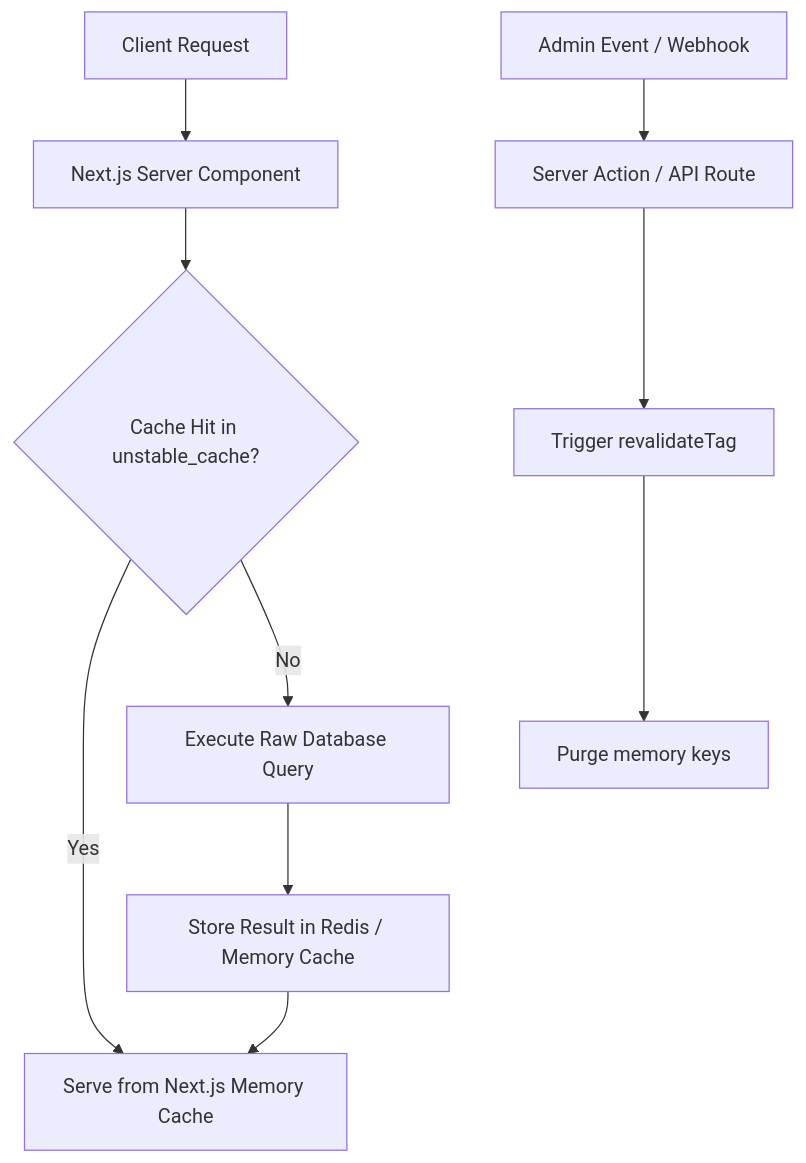
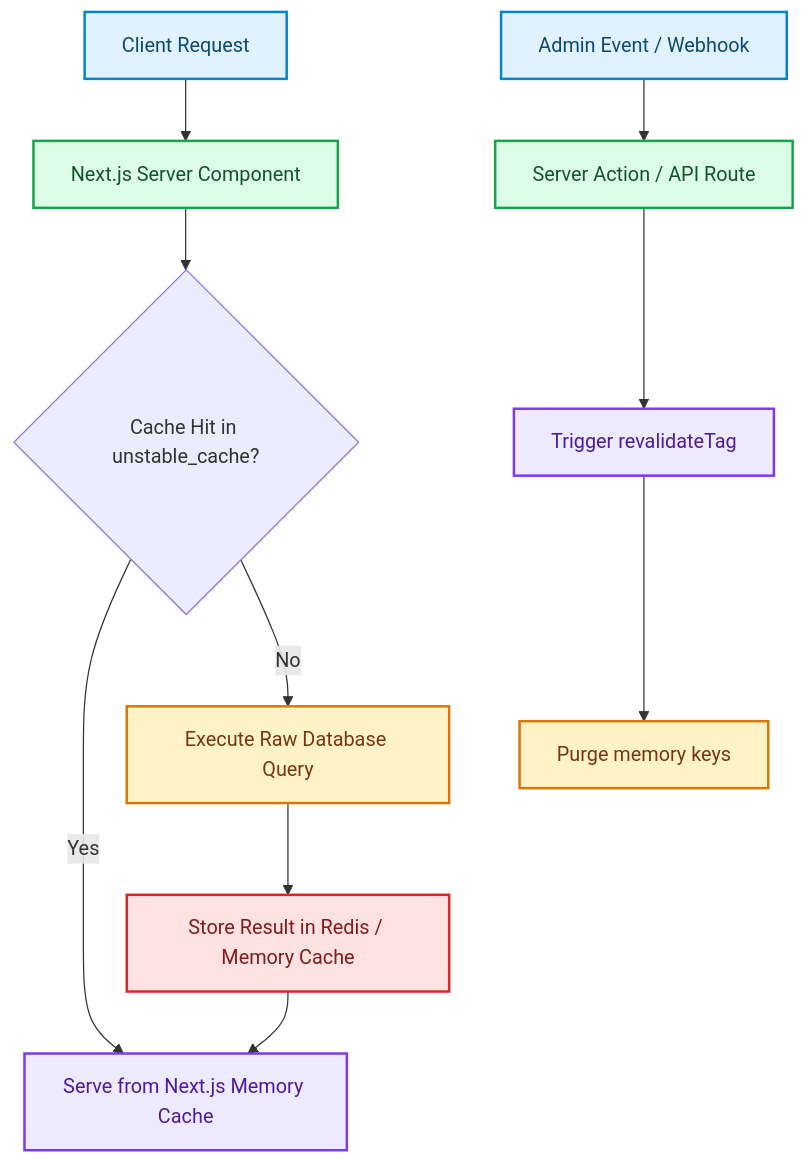
Before and after one commit to akmalkhaniub/akmalkhaniub.github.io: the diagram in blog/posts/nextjs-caching-revolution-unstable-cache.md, drawn with Mermaid. The commit also changed other lines of this file and 1291 other files, not shown here.

First line of the commit message:
feat(catalog): unique covers, scholarly references, and diagram palettes

````diff
--- a/blog/posts/nextjs-caching-revolution-unstable-cache.md
+++ b/blog/posts/nextjs-caching-revolution-unstable-cache.md
@@ -110,12 +110,23 @@
 ```mermaid
 flowchart TD
-  A[Client Request] --> B[Next.js Server Component]
+  A["Client Request"] --> B["Next.js Server Component"]
   B --> C{Cache Hit in unstable_cache?}
-  C -- Yes --> D[Serve from Next.js Memory Cache]
-  C -- No --> E[Execute Raw Database Query]
-  E --> F[Store Result in Redis / Memory Cache]
+  C -- Yes --> D["Serve from Next.js Memory Cache"]
+  C -- No --> E["Execute Raw Database Query"]
+  E --> F["Store Result in Redis / Memory Cache"]
   F --> D
-  G[Admin Event / Webhook] --> H[Server Action / API Route]
-  H --> I[Trigger revalidateTag]
-  I --> J[Purge memory keys]
+  G["Admin Event / Webhook"] --> H["Server Action / API Route"]
+  H --> I["Trigger revalidateTag"]
+  I --> J["Purge memory keys"]
+
+classDef green fill:#dcfce7,stroke:#16a34a,stroke-width:2px,color:#14532d;
+classDef red fill:#fee2e2,stroke:#dc2626,stroke-width:2px,color:#7f1d1d;
+classDef blue fill:#e0f2fe,stroke:#0284c7,stroke-width:2px,color:#0c4a6e;
+classDef yellow fill:#fef3c7,stroke:#d97706,stroke-width:2px,color:#78350f;
+classDef purple fill:#ede9fe,stroke:#7c3aed,stroke-width:2px,color:#4c1d95;
+class A,G blue
+class B,H green
+class D,I purple
+class E,J yellow
+class F red
 ```
````
